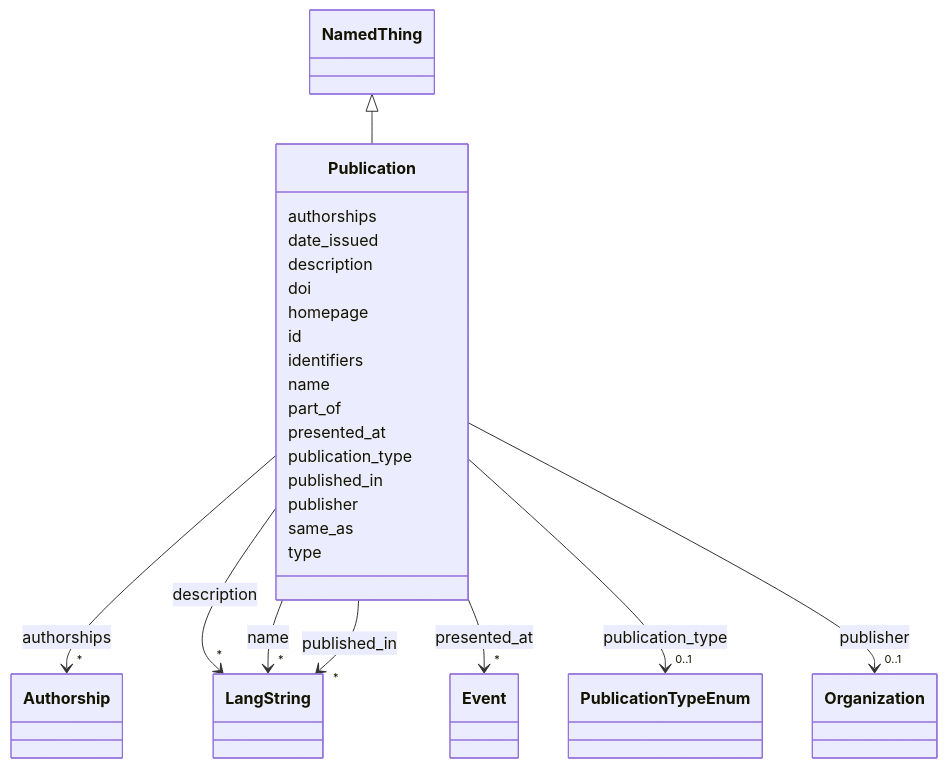
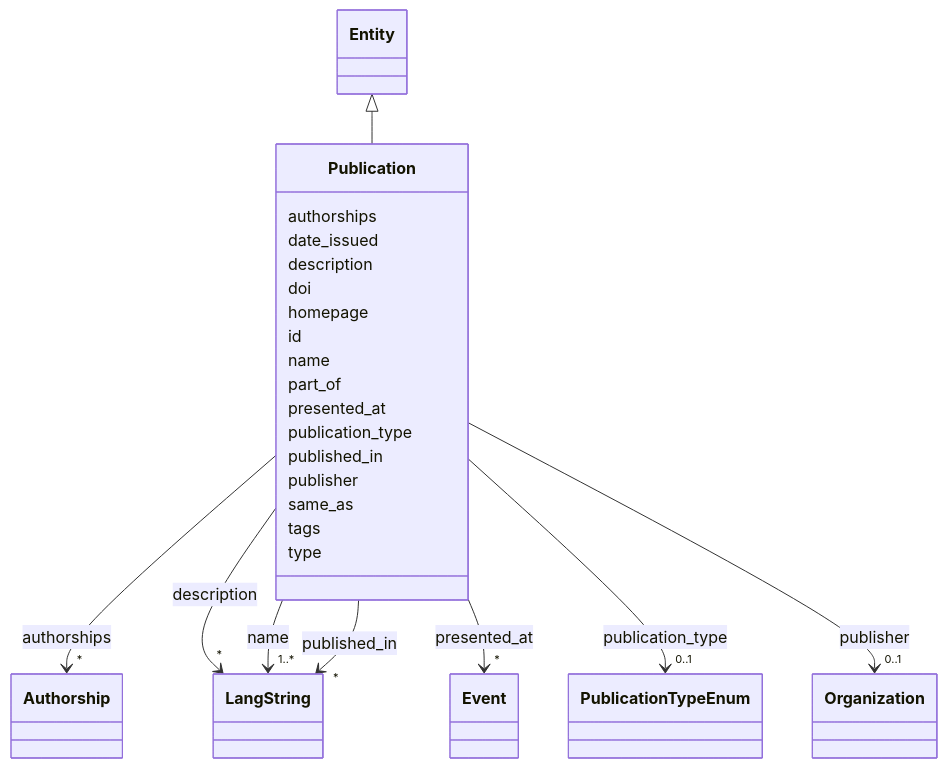
One commit to DARIAH-IL/idhi-manifests changed the diagram in docs/classes/Publication.md. Above: the diagram before and after it, drawn with Mermaid. The commit also changed other lines of this file and 99 other files, not shown here.

```diff
--- a/docs/classes/Publication.md
+++ b/docs/classes/Publication.md
@@ -24,8 +24,8 @@
  classDiagram
     class Publication
     click Publication href "../../classes/Publication/"
-      NamedThing <|-- Publication
-        click NamedThing href "../../classes/NamedThing/"
+      Entity <|-- Publication
+        click Entity href "../../classes/Entity/"
       
       Publication : authorships
         
@@ -57,15 +57,13 @@
         
       Publication : id
         
-      Publication : identifiers
-        
       Publication : name
         
           
     
         
         
-        Publication --> "*" LangString : name
+        Publication --> "1..*" LangString : name
         click LangString href "../../classes/LangString/"
     
 
@@ -118,6 +116,8 @@
         
       Publication : same_as
         
+      Publication : tags
+        
       Publication : type
         
       
```
